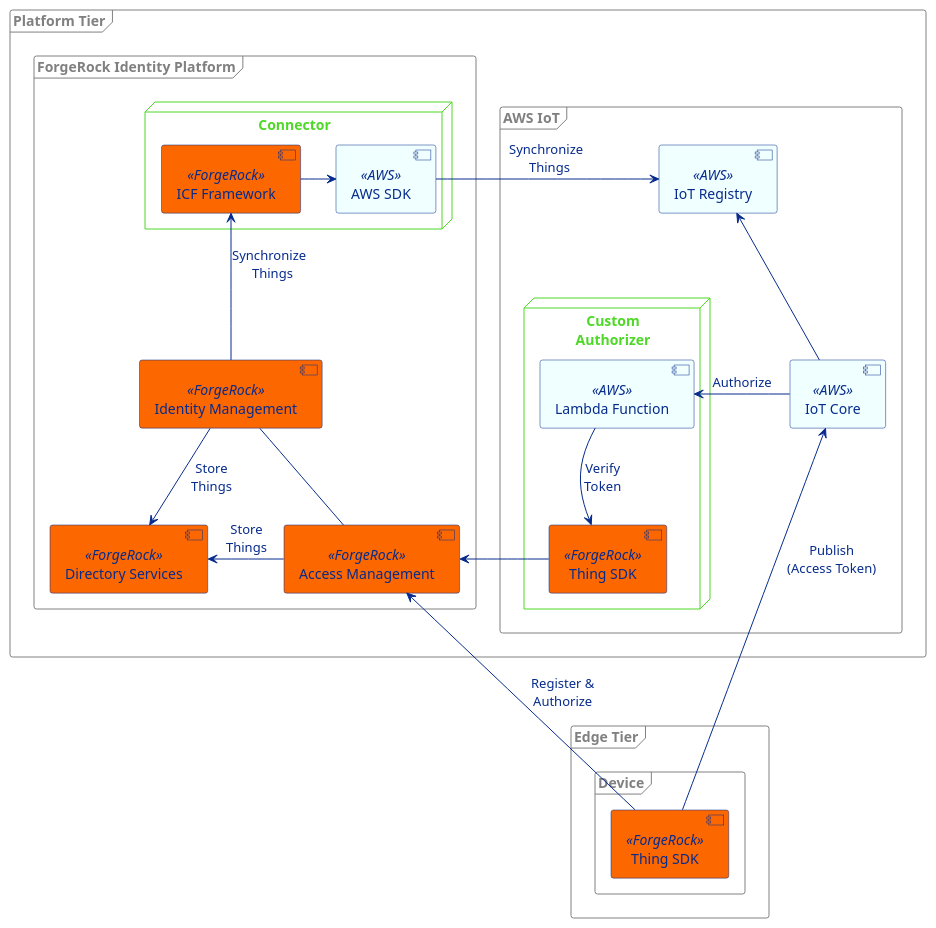
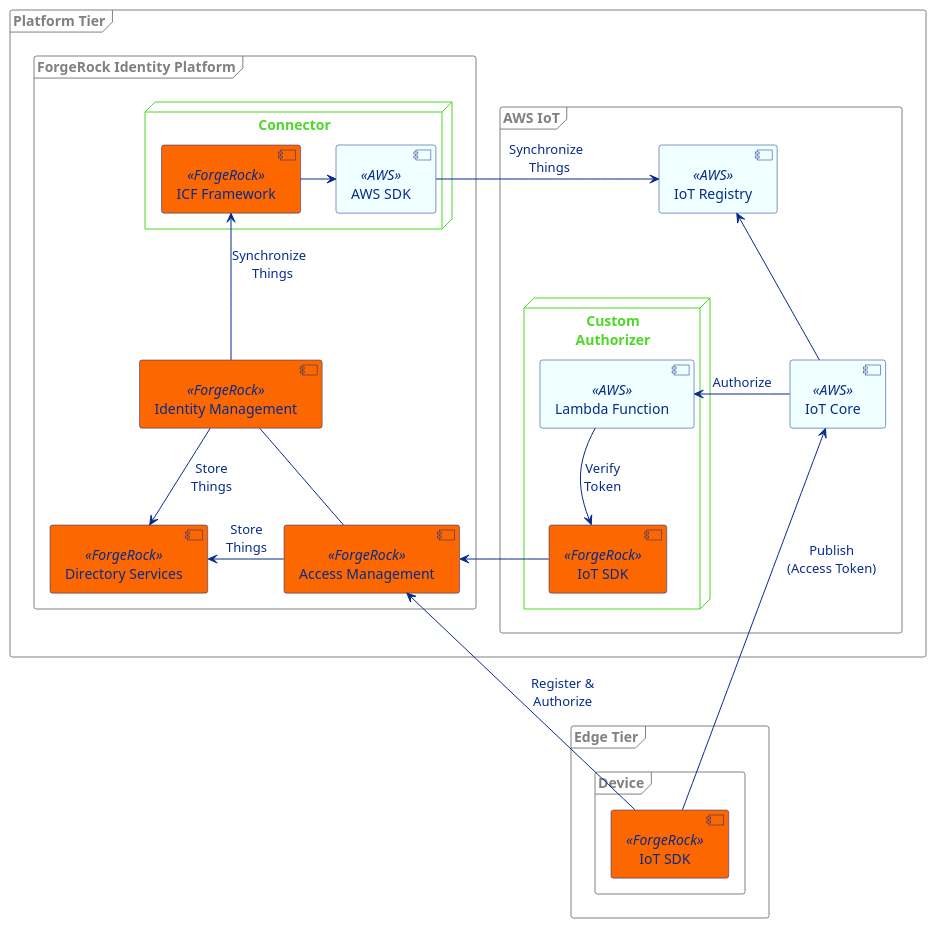
Before and after one commit to ForgeRock/iot-edge: the diagram in examples/proof-of-concept/aws-iot/docs/aws-iot-integration.puml, drawn with PlantUML. The commit also changed 68 other files, not shown here.

```diff
--- a/examples/proof-of-concept/aws-iot/docs/aws-iot-integration.puml
+++ b/examples/proof-of-concept/aws-iot/docs/aws-iot-integration.puml
@@ -1,61 +1,61 @@
 @startuml
 
 skinparam component {
   FontColor #062b8c
   BackgroundColor<<ForgeRock>> #fc6700
   BorderColor #062b8c
   BackgroundColor<<AWS>> azure
   ArrowColor #062b8c
   ArrowFontColor #062b8c
 }
 skinparam node {
   BorderColor #4ED827
   FontColor #4ED827
 }
 skinparam frame {
   BorderColor gray
   FontColor gray
 }
 
 frame "Platform Tier" {
     frame "AWS IoT" {
         [IoT Core] as hub <<AWS>>
         [IoT Registry] as reg <<AWS>>
         node "Custom\nAuthorizer" {
             [Lambda Function] as lamb <<AWS>>
-            [Thing SDK] as service <<ForgeRock>>
+            [IoT SDK] as service <<ForgeRock>>
         }
     }
     frame "ForgeRock Identity Platform" {
         [Access Management] as am <<ForgeRock>>
         [Directory Services] as ds <<ForgeRock>>
         [Identity Management] as idm <<ForgeRock>>
         node "Connector" {
             [ICF Framework] as icf <<ForgeRock>>
             [AWS SDK] as sdk <<AWS>>
         }
     }
 }
 
 frame "Edge Tier" {
     frame "Device" {
-        [Thing SDK] as device <<ForgeRock>>
+        [IoT SDK] as device <<ForgeRock>>
     }
 }
 
 
 am -left-> ds : Store\nThings
 idm -down-> ds : Store\nThings
 idm - am
 device -up-> am : Register &\nAuthorize
 device -up-> hub : Publish\n(Access Token)
 hub -> lamb : Authorize
 hub -up-> reg
 lamb -down-> service : Verify\nToken
 service -> am
 idm -up-> icf : Synchronize \n Things
 icf -right-> sdk
 sdk -right-> reg : Synchronize \n Things
 
 
 @enduml
```
